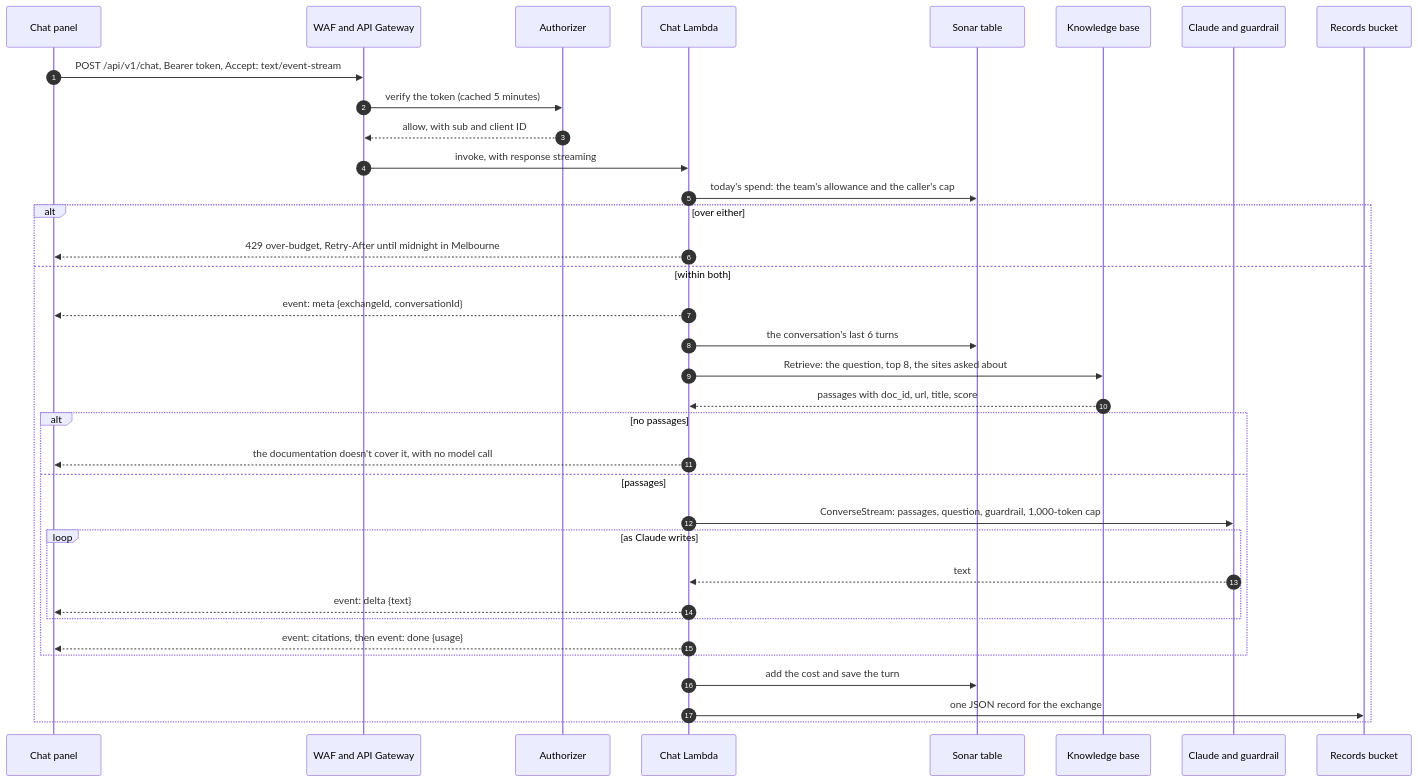
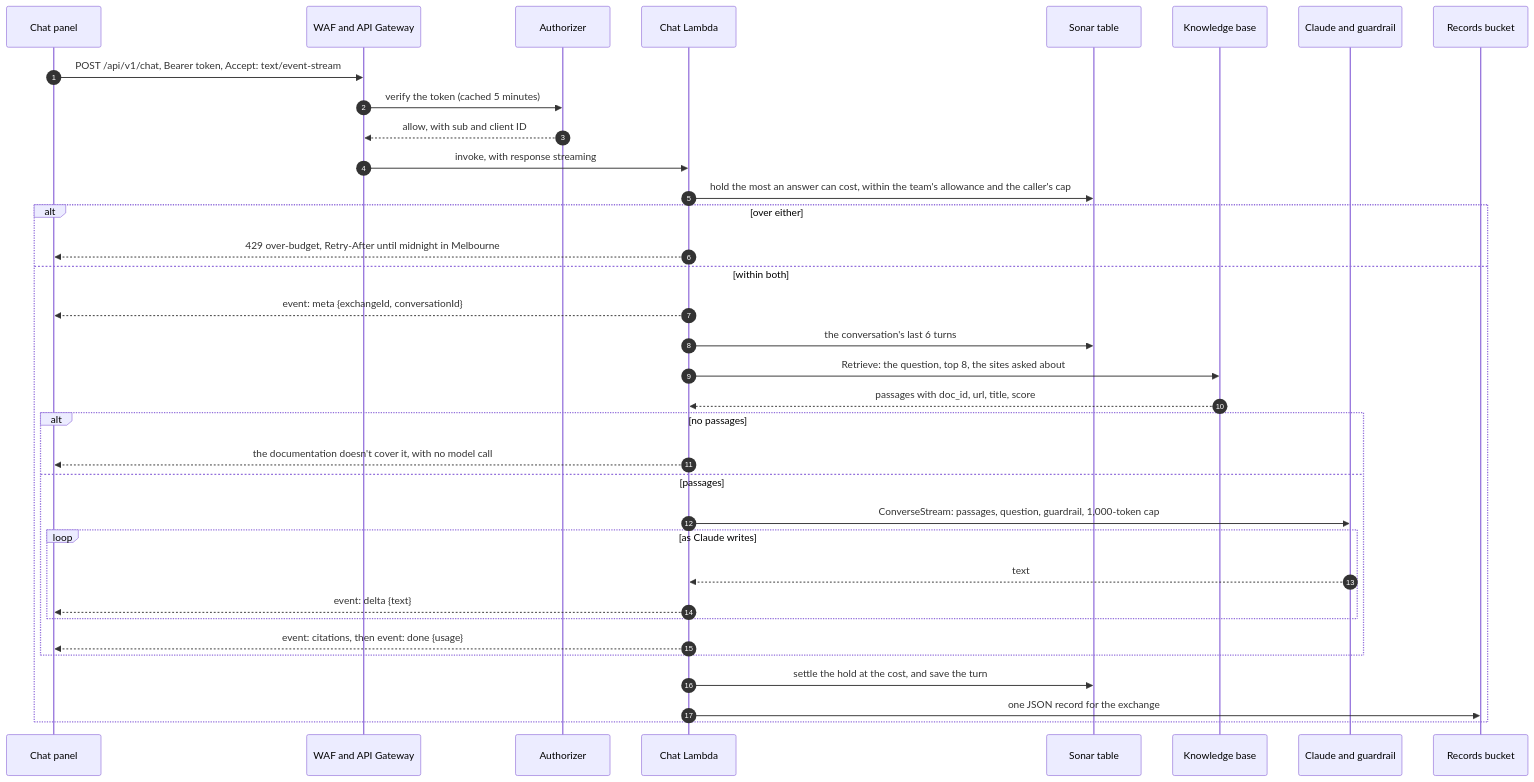
Before and after one commit to umccr/orcasonar: the third of 7 diagrams in docs/design.md, drawn with Mermaid. The commit also changed other lines of this file and 29 other files, not shown here.

````diff
--- a/docs/design.md
+++ b/docs/design.md
@@ -162,38 +162,38 @@
 ```mermaid
 sequenceDiagram
     autonumber
     participant Panel as Chat panel
     participant Gateway as WAF and API Gateway
     participant Authz as Authorizer
     participant Chat as Chat Lambda
     participant Table as Sonar table
     participant KB as Knowledge base
     participant Claude as Claude and guardrail
     participant Records as Records bucket
 
     Panel->>Gateway: POST /api/v1/chat, Bearer token, Accept: text/event-stream
     Gateway->>Authz: verify the token (cached 5 minutes)
     Authz-->>Gateway: allow, with sub and client ID
     Gateway->>Chat: invoke, with response streaming
-    Chat->>Table: today's spend: the team's allowance and the caller's cap
+    Chat->>Table: hold the most an answer can cost, within the team's allowance and the caller's cap
     alt over either
         Chat-->>Panel: 429 over-budget, Retry-After until midnight in Melbourne
     else within both
         Chat-->>Panel: event: meta {exchangeId, conversationId}
         Chat->>Table: the conversation's last 6 turns
         Chat->>KB: Retrieve: the question, top 8, the sites asked about
         KB-->>Chat: passages with doc_id, url, title, score
         alt no passages
             Chat-->>Panel: the documentation doesn't cover it, with no model call
         else passages
             Chat->>Claude: ConverseStream: passages, question, guardrail, 1,000-token cap
             loop as Claude writes
                 Claude-->>Chat: text
                 Chat-->>Panel: event: delta {text}
             end
             Chat-->>Panel: event: citations, then event: done {usage}
         end
-        Chat->>Table: add the cost and save the turn
+        Chat->>Table: settle the hold at the cost, and save the turn
         Chat->>Records: one JSON record for the exchange
     end
 ```
````
